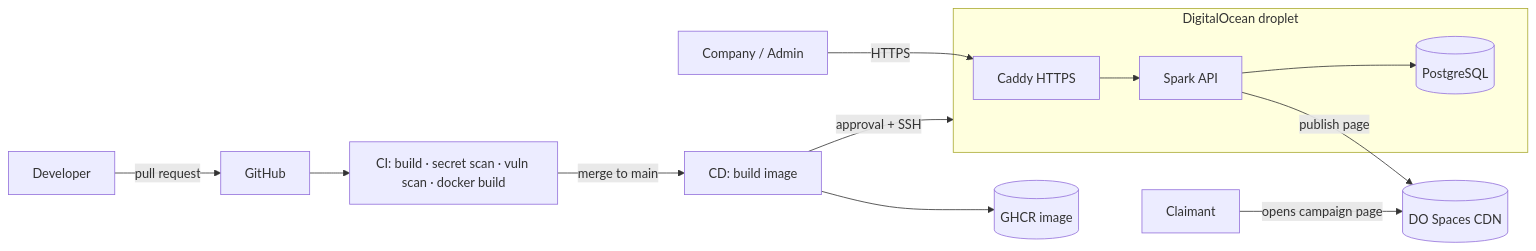
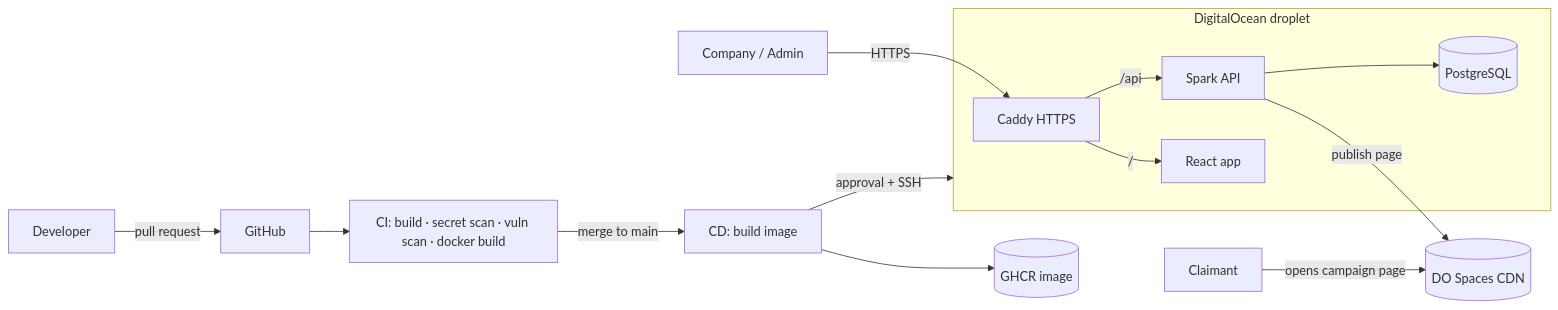
The diagram in README.md (Amir-Baddour/AirDropX), drawn with Mermaid before and after one commit. The commit also changed other lines of this file and 74 other files, not shown here.

````diff
--- a/README.md
+++ b/README.md
@@ -26,15 +29,16 @@
 ```mermaid
 flowchart LR
     Dev[Developer] -->|pull request| GH[GitHub]
     GH --> CI[CI: build · secret scan · vuln scan · docker build]
     CI -->|merge to main| CD[CD: build image]
     CD --> GHCR[(GHCR image)]
     CD -->|approval + SSH| VPS
     subgraph VPS[DigitalOcean droplet]
-        Caddy[Caddy HTTPS] --> API[Spark API]
+        Caddy[Caddy HTTPS] -->|/api| API[Spark API]
+        Caddy -->|/| WEB[React app]
         API --> DB[(PostgreSQL)]
     end
     User[Company / Admin] -->|HTTPS| Caddy
     API -->|publish page| Spaces[(DO Spaces CDN)]
     Claimant -->|opens campaign page| Spaces
 ```
````
